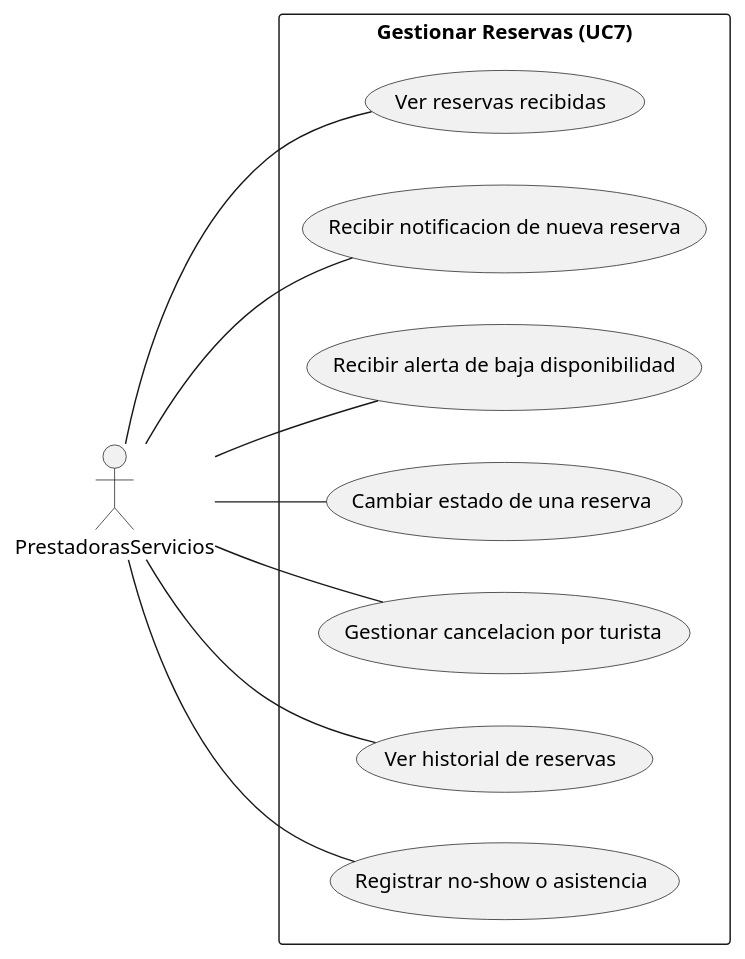
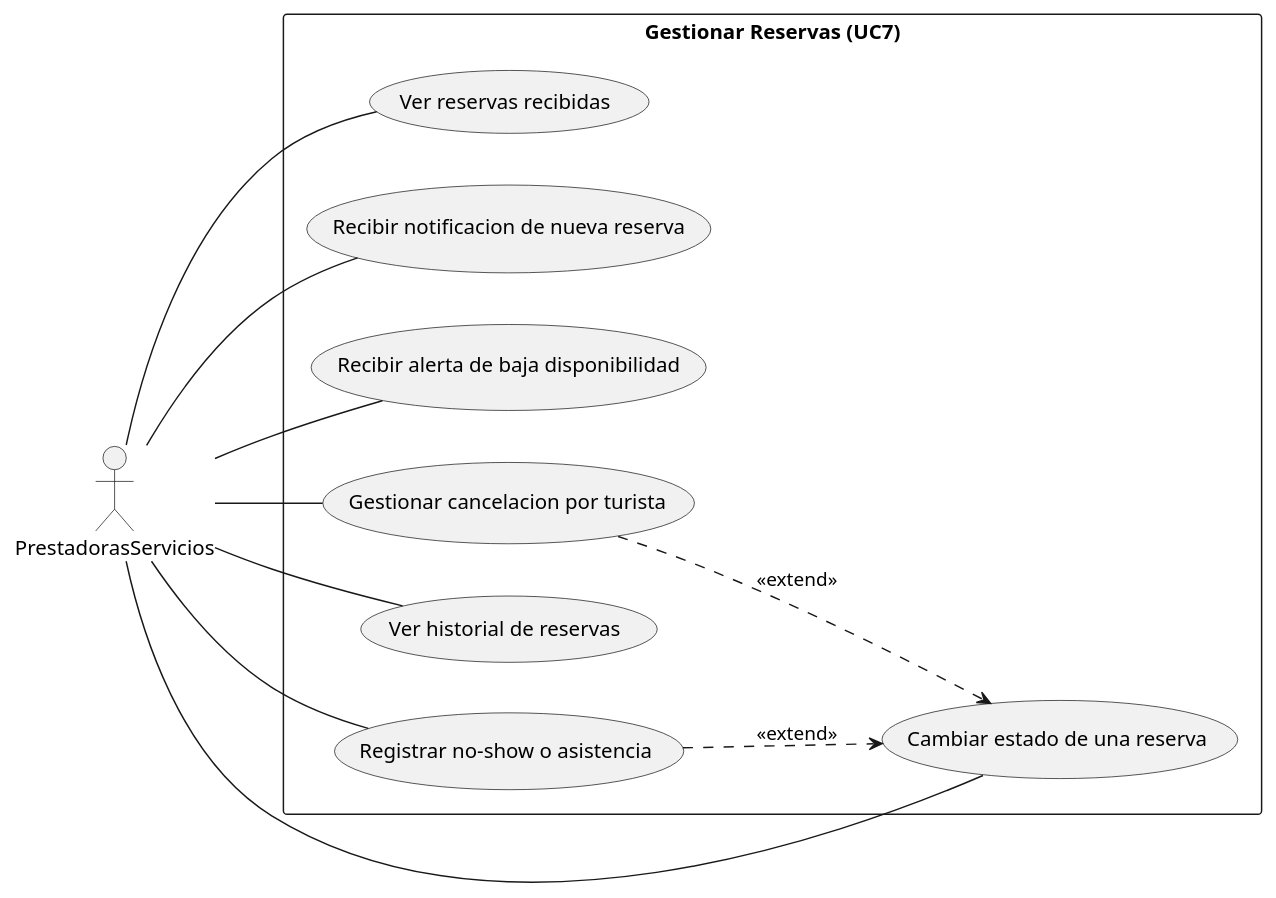
Before and after one commit to xdark-nessx20/SM-Xplore: the diagram in docs/modelos/uc-lvl-1/gestionar-reservas/prestadora-diagrama.puml, drawn with PlantUML. The commit also changed 3 other files, not shown here.

Commit message:
add include/extend relations to PDS lvl1 diagrams

```diff
--- a/docs/modelos/uc-lvl-1/gestionar-reservas/prestadora-diagrama.puml
+++ b/docs/modelos/uc-lvl-1/gestionar-reservas/prestadora-diagrama.puml
@@ -1,25 +1,28 @@
 @startuml
 
 left to right direction
 
 actor PrestadorasServicios as P
 
 rectangle "Gestionar Reservas (UC7)" {
     usecase "Ver reservas recibidas" as UC7_1
     usecase "Recibir notificacion de nueva reserva" as UC7_2
     usecase "Recibir alerta de baja disponibilidad" as UC7_3
     usecase "Cambiar estado de una reserva" as UC7_4
     usecase "Gestionar cancelacion por turista" as UC7_5
     usecase "Ver historial de reservas" as UC7_6
     usecase "Registrar no-show o asistencia" as UC7_7
 }
 
 P -- UC7_1
 P -- UC7_2
 P -- UC7_3
 P -- UC7_4
 P -- UC7_5
 P -- UC7_6
 P -- UC7_7
 
+UC7_5 ..> UC7_4 : <<extend>>
+UC7_7 ..> UC7_4 : <<extend>>
+
 @enduml
```
